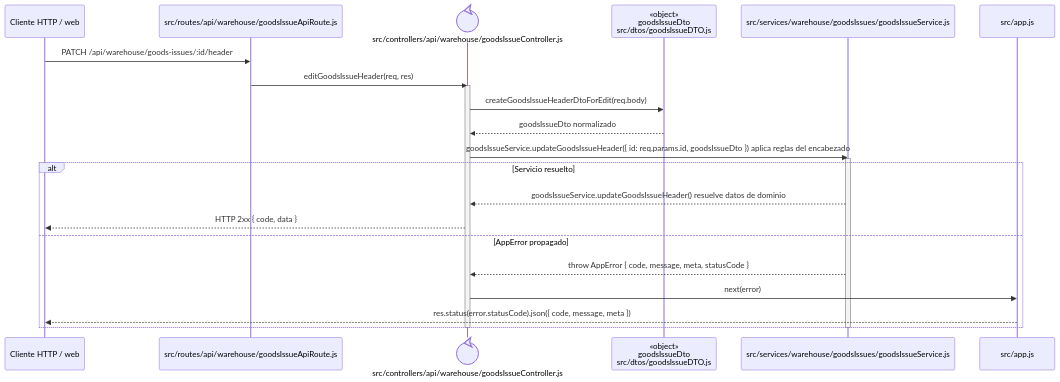
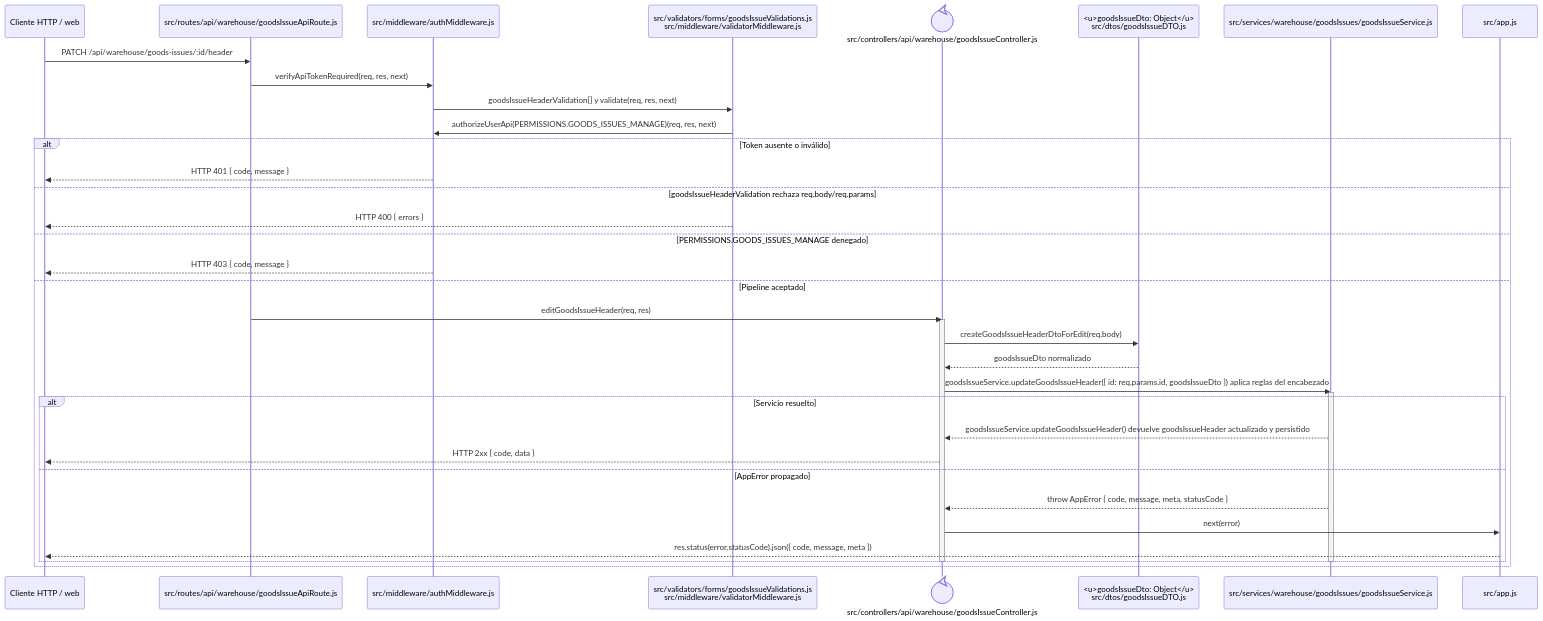
The diagram in docs/architecture/backend-code-sequences/issues/cu-sal-03.md (gpgsistemas01/nexus), drawn with Mermaid before and after one commit. The commit also changed 102 other files, not shown here.

````diff
--- a/docs/architecture/backend-code-sequences/issues/cu-sal-03.md
+++ b/docs/architecture/backend-code-sequences/issues/cu-sal-03.md
@@ -6,27 +6,40 @@
 ```mermaid
 sequenceDiagram
     participant Client as Cliente HTTP / web
     participant Route as src/routes/api/warehouse/goodsIssueApiRoute.js
+    participant Auth as src/middleware/authMiddleware.js
+    participant Validator as src/validators/forms/goodsIssueValidations.js<br/>src/middleware/validatorMiddleware.js
     participant Controller@{ "type": "control" } as src/controllers/api/warehouse/goodsIssueController.js
-    participant IssueDto as «object»<br/>goodsIssueDto<br/>src/dtos/goodsIssueDTO.js
+    participant IssueDto as <u>goodsIssueDto: Object</u><br/>src/dtos/goodsIssueDTO.js
     participant Domain as src/services/warehouse/goodsIssues/goodsIssueService.js
     participant ErrorHandler as src/app.js
 
     Client->>Route: PATCH /api/warehouse/goods-issues/:id/header
-    Route->>Controller: editGoodsIssueHeader(req, res)
-    activate Controller
-    Controller->>IssueDto: createGoodsIssueHeaderDtoForEdit(req.body)
-    IssueDto-->>Controller: goodsIssueDto normalizado
-    Controller->>Domain: goodsIssueService.updateGoodsIssueHeader({ id: req.params.id, goodsIssueDto }) aplica reglas del encabezado
-    activate Domain
-    alt Servicio resuelto
-        Domain-->>Controller: goodsIssueService.updateGoodsIssueHeader() resuelve datos de dominio
-        Controller-->>Client: HTTP 2xx { code, data }
-    else AppError propagado
-        Domain-->>Controller: throw AppError { code, message, meta, statusCode }
-        Controller->>ErrorHandler: next(error)
-        ErrorHandler-->>Client: res.status(error.statusCode).json({ code, message, meta })
+    Route->>Auth: verifyApiTokenRequired(req, res, next)
+    Auth->>Validator: goodsIssueHeaderValidation[] y validate(req, res, next)
+    Validator->>Auth: authorizeUserApi(PERMISSIONS.GOODS_ISSUES_MANAGE)(req, res, next)
+    alt Token ausente o inválido
+        Auth-->>Client: HTTP 401 { code, message }
+    else goodsIssueHeaderValidation rechaza req.body/req.params
+        Validator-->>Client: HTTP 400 { errors }
+    else PERMISSIONS.GOODS_ISSUES_MANAGE denegado
+        Auth-->>Client: HTTP 403 { code, message }
+    else Pipeline aceptado
+        Route->>Controller: editGoodsIssueHeader(req, res)
+        activate Controller
+        Controller->>IssueDto: createGoodsIssueHeaderDtoForEdit(req.body)
+        IssueDto-->>Controller: goodsIssueDto normalizado
+        Controller->>Domain: goodsIssueService.updateGoodsIssueHeader({ id: req.params.id, goodsIssueDto }) aplica reglas del encabezado
+        activate Domain
+        alt Servicio resuelto
+            Domain-->>Controller: goodsIssueService.updateGoodsIssueHeader() devuelve goodsIssueHeader actualizado y persistido
+            Controller-->>Client: HTTP 2xx { code, data }
+        else AppError propagado
+            Domain-->>Controller: throw AppError { code, message, meta, statusCode }
+            Controller->>ErrorHandler: next(error)
+            ErrorHandler-->>Client: res.status(error.statusCode).json({ code, message, meta })
+        end
+        deactivate Domain
+        deactivate Controller
     end
-    deactivate Domain
-    deactivate Controller
 ```
````
